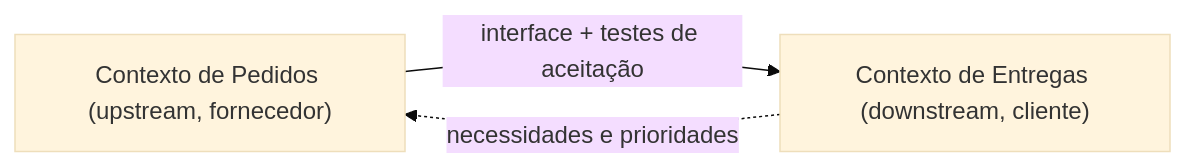
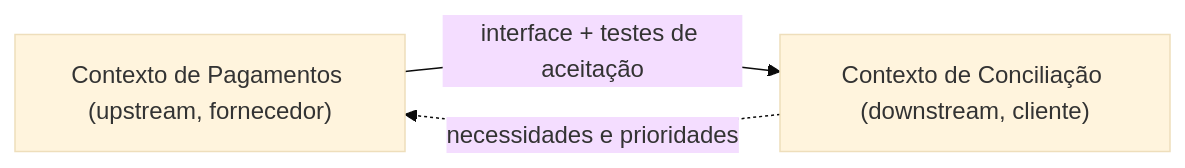
Before and after one commit to alancesar/design-patterns: the diagram in docs/design/ddd/context-mapping/customer-supplier-development.md, drawn with Mermaid (base theme). The commit also changed other lines of this file and 67 other files, not shown here.

First line of the commit message:
Switch DDD examples and diagrams to fintech scenarios

````diff
--- a/docs/design/ddd/context-mapping/customer-supplier-development.md
+++ b/docs/design/ddd/context-mapping/customer-supplier-development.md
@@ -56,5 +56,5 @@
 ```mermaid
 flowchart LR
-    U["Contexto de Pedidos (upstream, fornecedor)"] -->|"interface + testes de aceitação"| D["Contexto de Entregas (downstream, cliente)"]
+    U["Contexto de Pagamentos (upstream, fornecedor)"] -->|"interface + testes de aceitação"| D["Contexto de Conciliação (downstream, cliente)"]
     D -.->|"necessidades e prioridades"| U
 ```
````
